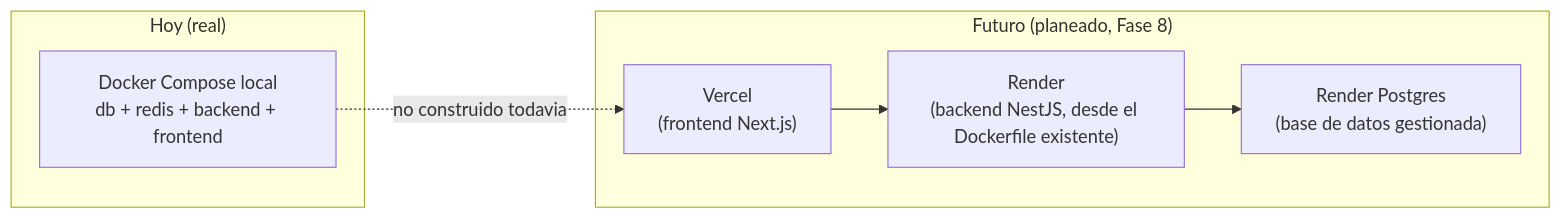
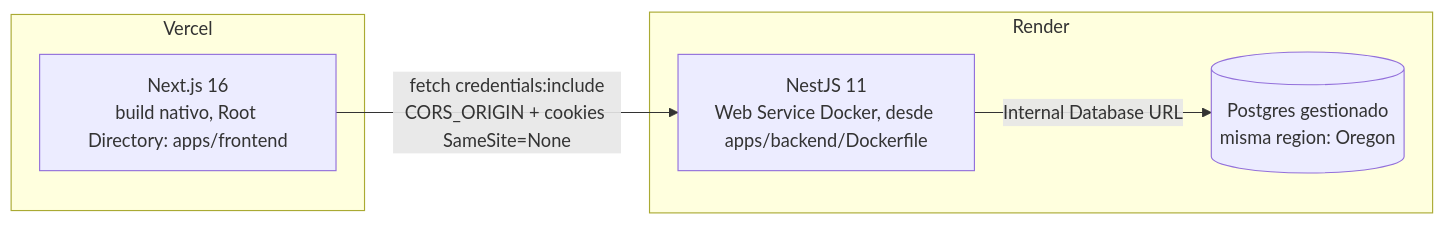
The diagram in docs/deployment/roadmap-despliegue.md (TomasPosada0626/Prodexa), drawn with Mermaid before and after one commit. The commit also changed other lines of this file and 14 other files, not shown here.

First line of the commit message:
Despliega Prodexa en Vercel + Render y cierra Fase 8

````diff
--- a/docs/deployment/roadmap-despliegue.md
+++ b/docs/deployment/roadmap-despliegue.md
@@ -10,15 +14,13 @@
 ```mermaid
 flowchart LR
-    subgraph "Hoy (real)"
-        L["Docker Compose local<br/>db + redis + backend + frontend"]
+    subgraph Vercel
+        FE["Next.js 16<br/>build nativo, Root Directory: apps/frontend"]
     end
-    subgraph "Futuro (planeado, Fase 8)"
-        V["Vercel<br/>(frontend Next.js)"]
-        R["Render<br/>(backend NestJS, desde el Dockerfile existente)"]
-        N["Render Postgres<br/>(base de datos gestionada)"]
+    subgraph Render
+        BE["NestJS 11<br/>Web Service Docker, desde apps/backend/Dockerfile"]
+        DB[("Postgres gestionado<br/>misma region: Oregon")]
     end
 
-    L -. "no construido todavia" .-> V
-    V --> R
-    R --> N
+    FE -- "fetch credentials:include<br/>CORS_ORIGIN + cookies SameSite=None" --> BE
+    BE -- "Internal Database URL" --> DB
 ```
````
